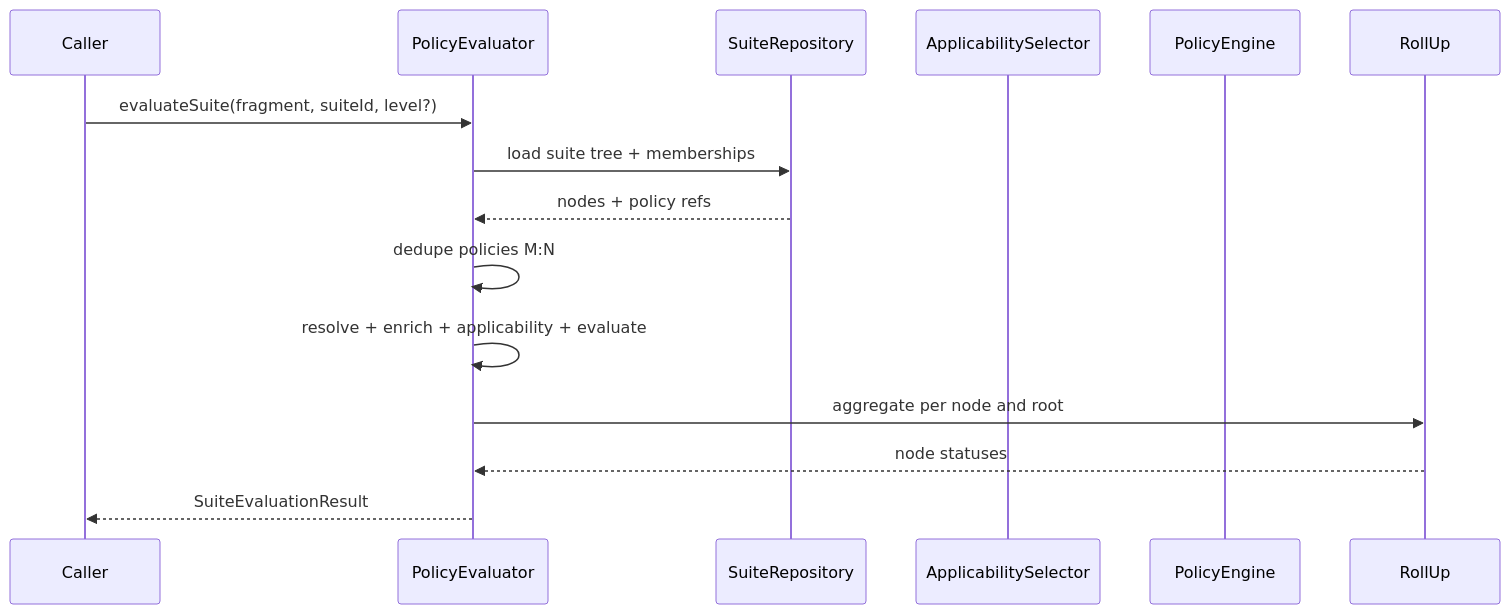
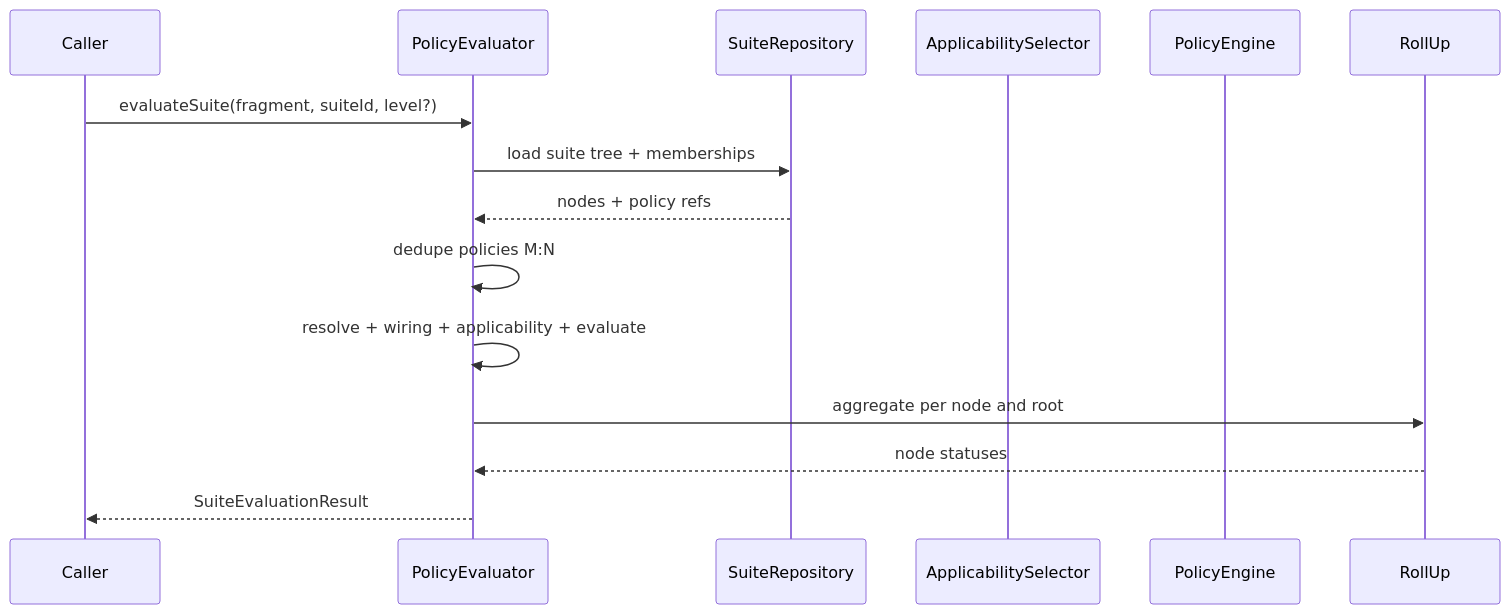
The eighth of 20 diagrams in docs/design/policy/overview.md (qpointz/objs), drawn with Mermaid before and after one commit. The commit also changed other lines of this file and 20 other files, not shown here.

````diff
--- a/docs/design/policy/overview.md
+++ b/docs/design/policy/overview.md
@@ -306,17 +314,17 @@
 ```mermaid
 sequenceDiagram
   participant Caller
   participant Orch as PolicyEvaluator
   participant SuiteRepo as SuiteRepository
   participant Appl as ApplicabilitySelector
   participant Eng as PolicyEngine
   participant Roll as RollUp
   Caller->>Orch: evaluateSuite(fragment, suiteId, level?)
   Orch->>SuiteRepo: load suite tree + memberships
   SuiteRepo-->>Orch: nodes + policy refs
   Orch->>Orch: dedupe policies M:N
-  Orch->>Orch: resolve + enrich + applicability + evaluate
+  Orch->>Orch: resolve + wiring + applicability + evaluate
   Orch->>Roll: aggregate per node and root
   Roll-->>Orch: node statuses
   Orch-->>Caller: SuiteEvaluationResult
 ```
````
